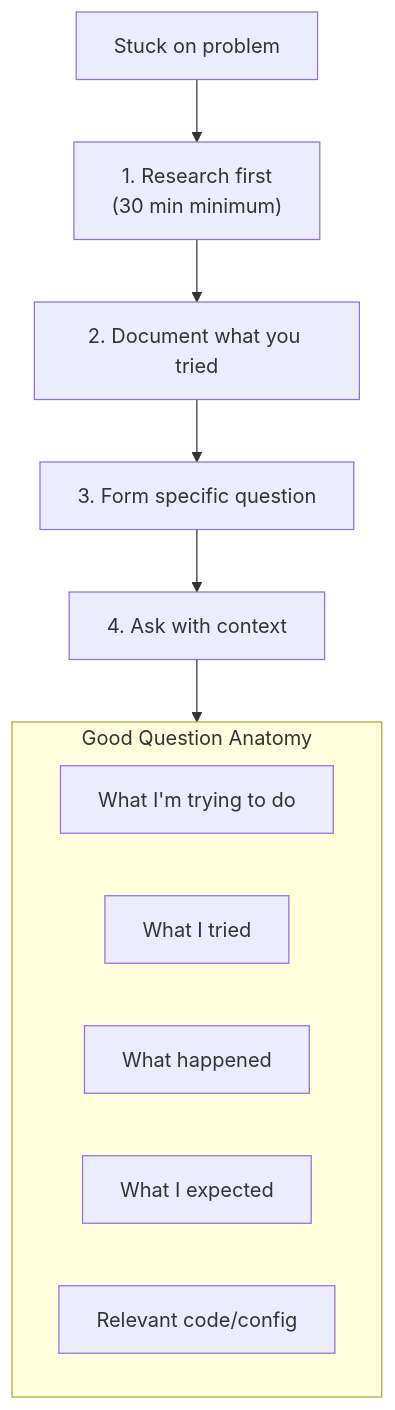
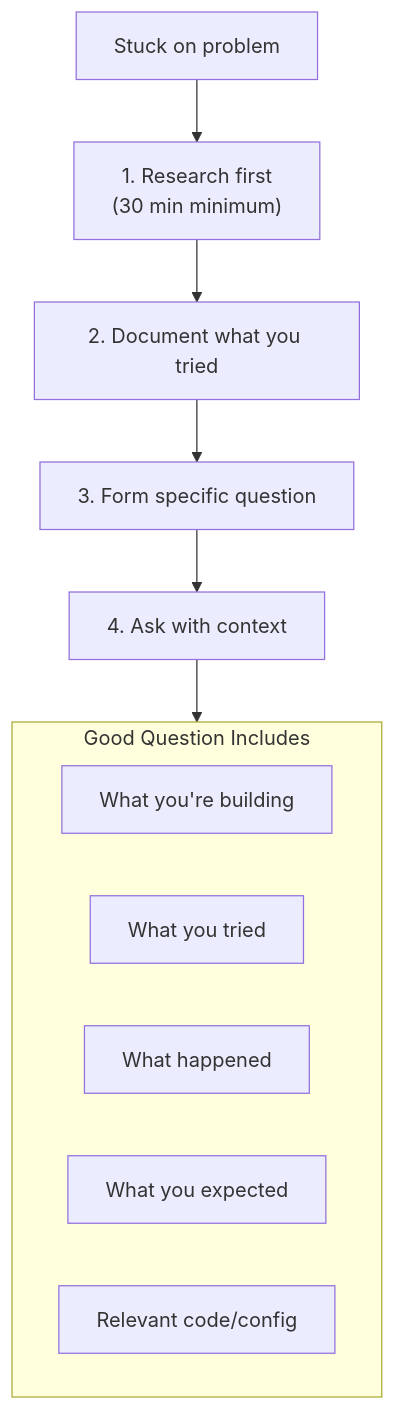
One commit to PearlThoughtsInternship/Internship-Obsidian-Vault changed the seventh of 9 diagrams in DevOps/04-Internship/04-Your-Role.md. Above: the diagram before and after it, drawn with Mermaid. The commit also changed other lines of this file and 4 other files, not shown here.

````diff
--- a/DevOps/04-Internship/04-Your-Role.md
+++ b/DevOps/04-Internship/04-Your-Role.md
@@ -247,17 +266,17 @@
 ```mermaid
 flowchart TD
-    Stuck["Stuck on problem"] --> Research["1. Research first<br/>(30 min minimum)"]
+    Stuck["Stuck on problem"] --> Research["1. Research first\n(30 min minimum)"]
     Research --> Document["2. Document what you tried"]
     Document --> Question["3. Form specific question"]
     Question --> Ask["4. Ask with context"]
 
-    subgraph Good["Good Question Anatomy"]
-        G1["What I'm trying to do"]
-        G2["What I tried"]
-        G3["What happened"]
-        G4["What I expected"]
-        G5["Relevant code/config"]
+    subgraph Context["Good Question Includes"]
+        C1["What you're building"]
+        C2["What you tried"]
+        C3["What happened"]
+        C4["What you expected"]
+        C5["Relevant code/config"]
     end
 
-    Ask --> Good
+    Ask --> Context
 ```
````
